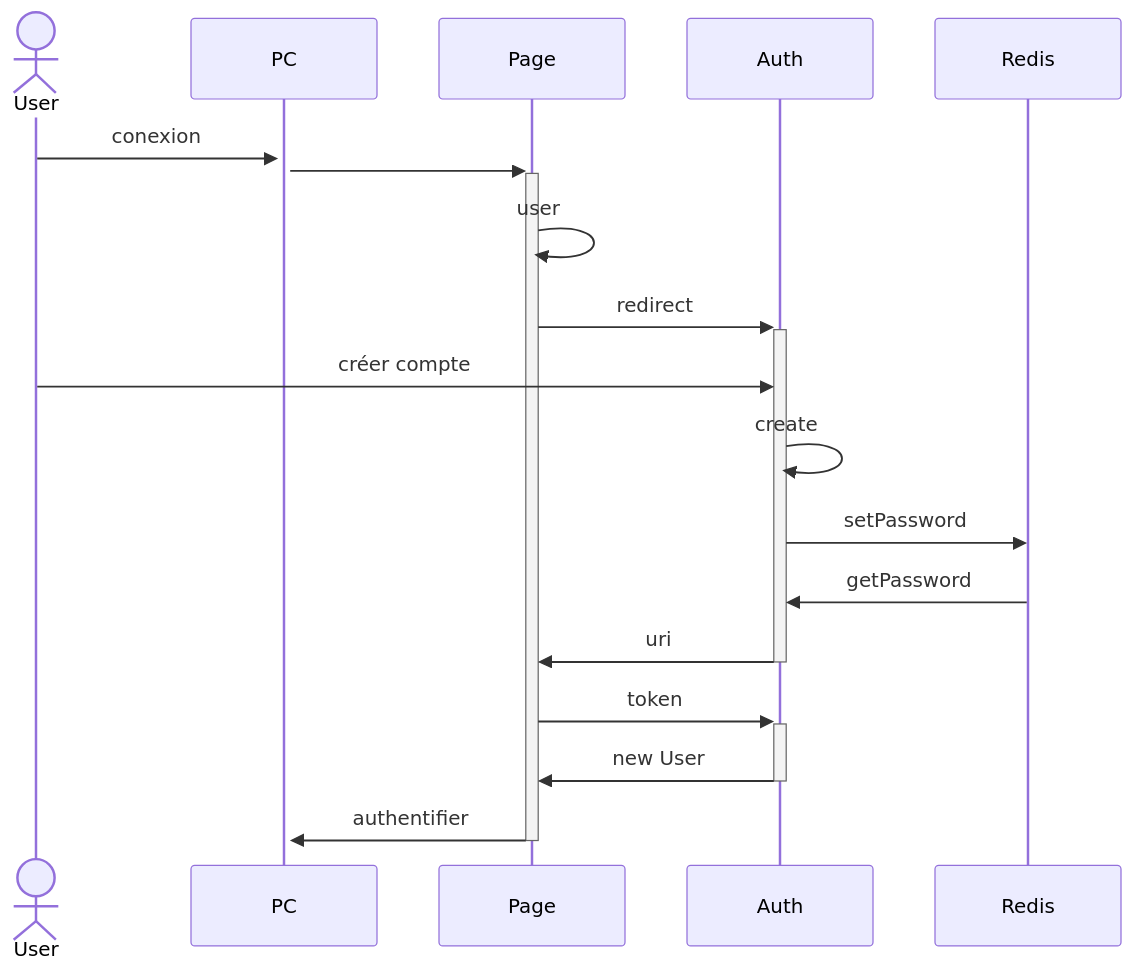
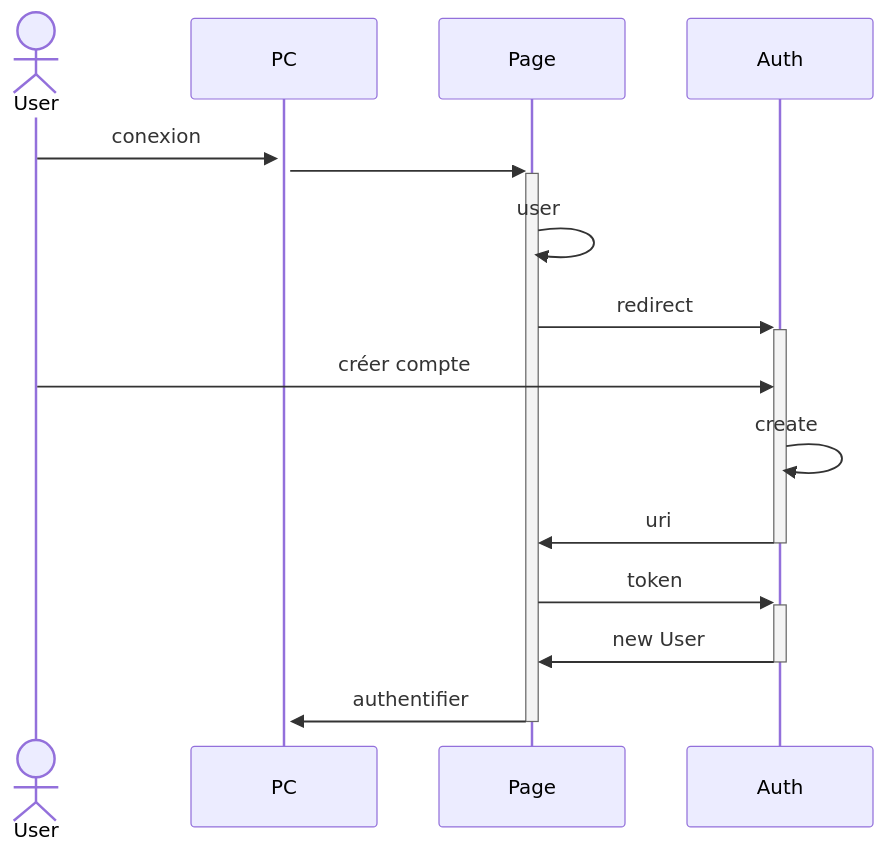
Before and after one commit to PMootz/Motus: the first of 4 diagrams in README.md, drawn with Mermaid. The commit also changed other lines of this file, not shown here.

````diff
--- a/README.md
+++ b/README.md
@@ -57,16 +57,14 @@
 ```mermaid
 sequenceDiagram
 actor User
     User->>+PC: conexion
     PC->>+Page: 
     Page->>Page : user
     Page->>+Auth: redirect
     User->>Auth: créer compte
     Auth->>Auth: create 
-    Auth ->>Redis: setPassword
-    Redis ->>Auth: getPassword
     Auth->>-Page: uri
     Page->>+Auth : token
     Auth->>-Page: new User
     Page->>-PC : authentifier
 ```
````
